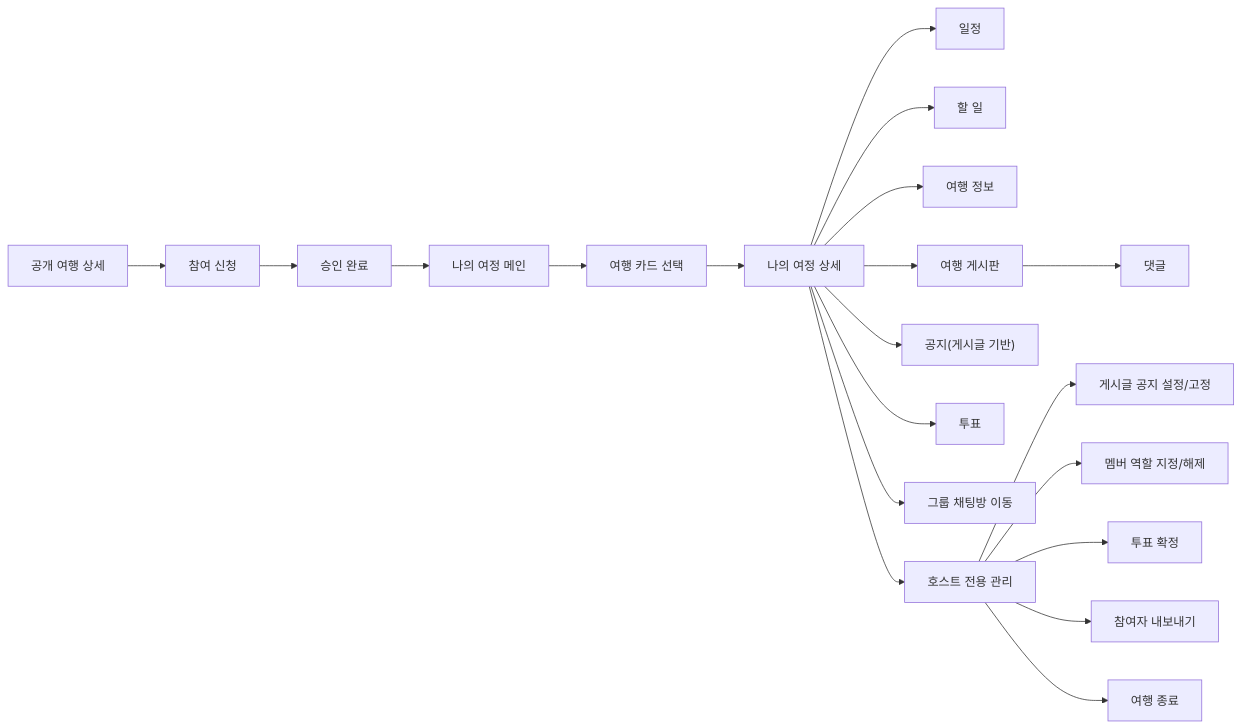
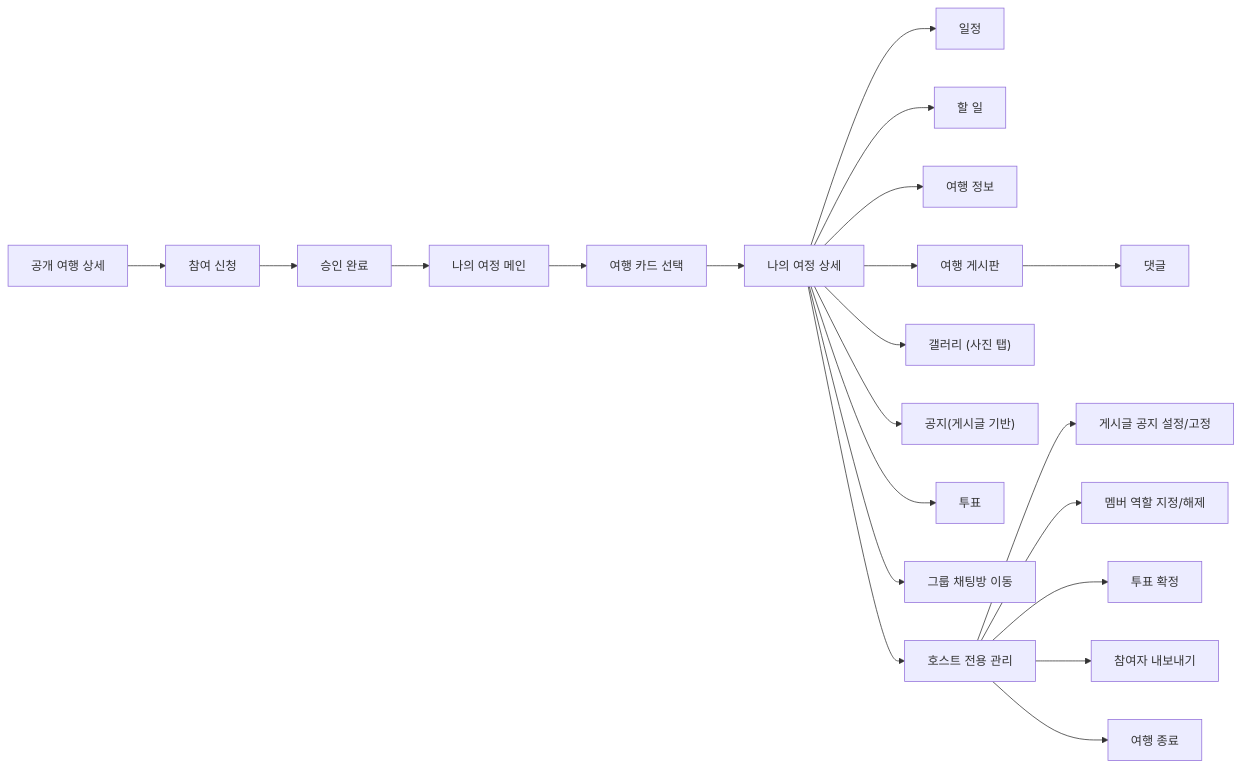
Before and after one commit to GIL-DONG-MU/ddu-ru-backend: the diagram in docs/001-design/flows/001-my-journey-product-flow.md, drawn with Mermaid. The commit also changed other lines of this file and 1 other file, not shown here.

Commit message:
[#273] docs(journey): 갤러리 통합조회 문서 최신화

````diff
--- a/docs/001-design/flows/001-my-journey-product-flow.md
+++ b/docs/001-design/flows/001-my-journey-product-flow.md
@@ -148,24 +148,25 @@
 ```mermaid
 flowchart LR
     A["공개 여행 상세"] --> B["참여 신청"]
     B --> C["승인 완료"]
     C --> D["나의 여정 메인"]
     D --> E["여행 카드 선택"]
     E --> F["나의 여정 상세"]
 
     F --> G["일정"]
     F --> H["할 일"]
     F --> I["여행 정보"]
     F --> J["여행 게시판"]
     J --> J2["댓글"]
+    F --> J3["갤러리 (사진 탭)"]
     F --> K["공지(게시글 기반)"]
     F --> L["투표"]
     F --> M["그룹 채팅방 이동"]
 
     F --> N["호스트 전용 관리"]
     N --> N1["게시글 공지 설정/고정"]
     N --> N2["멤버 역할 지정/해제"]
     N --> N3["투표 확정"]
     N --> N4["참여자 내보내기"]
     N --> N5["여행 종료"]
 ```
````
